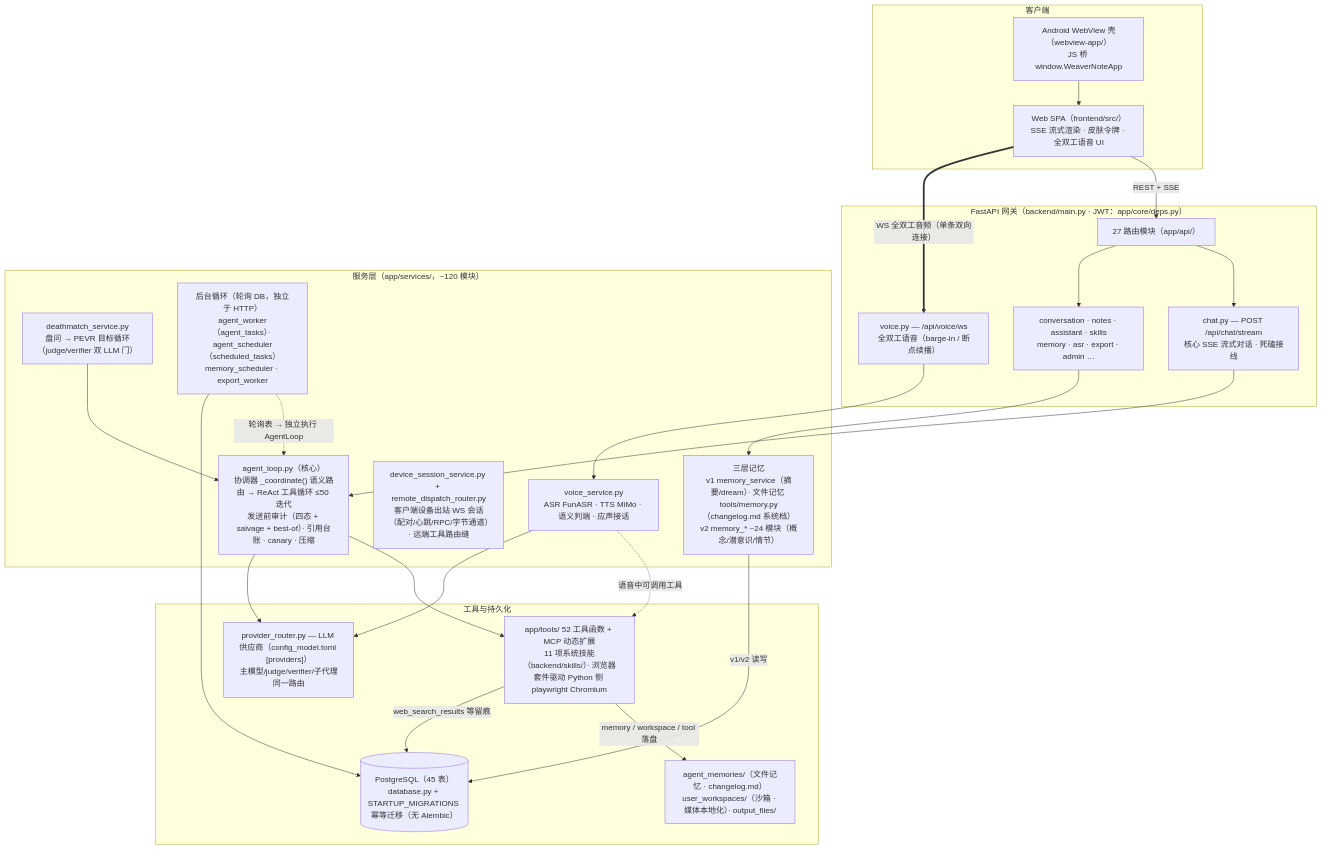
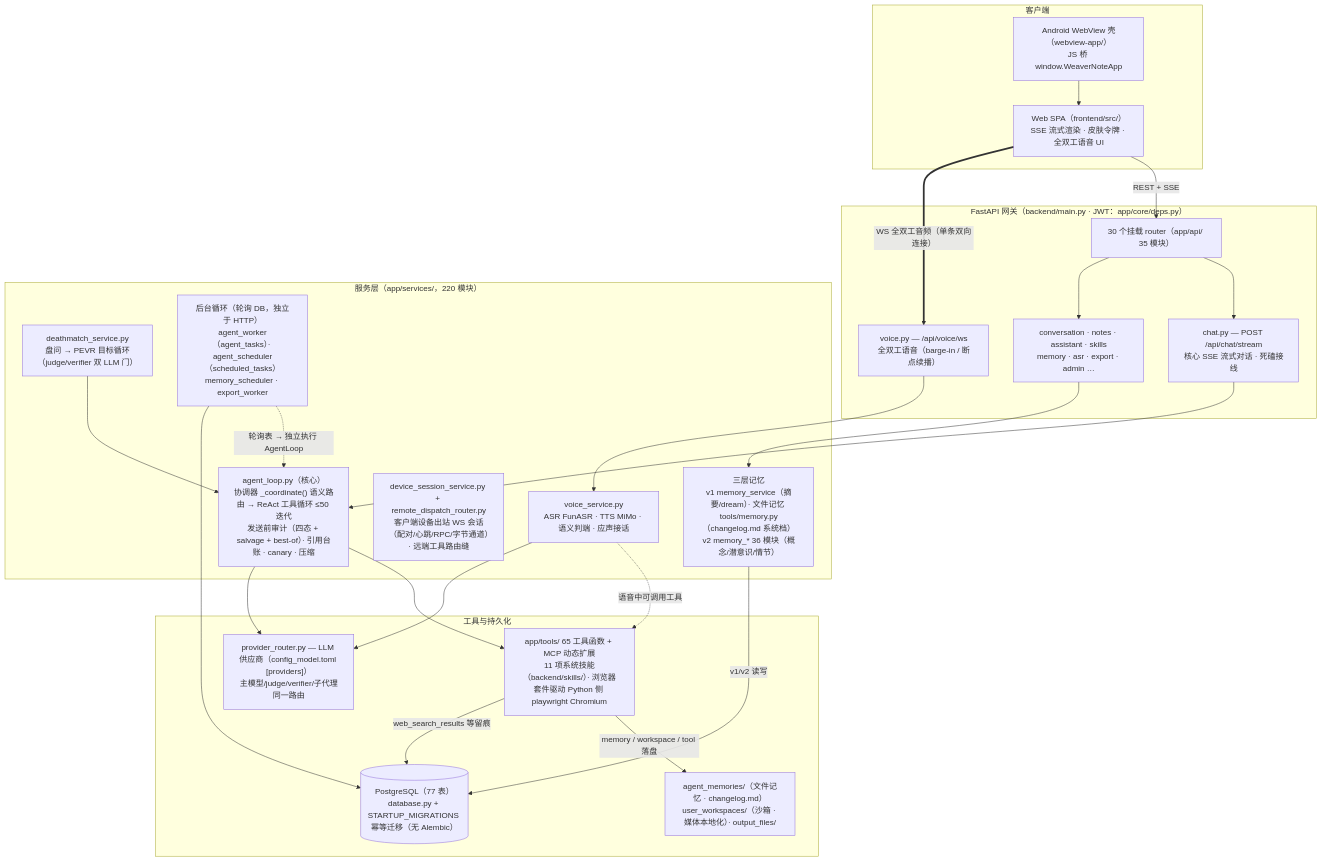
One commit to logandoo/weave-thinker changed the first of 2 diagrams in docs/ARCHITECTURE.md. Above: the diagram before and after it, drawn with Mermaid. The commit also changed other lines of this file and 229 other files, not shown here.

````diff
--- a/docs/ARCHITECTURE.md
+++ b/docs/ARCHITECTURE.md
@@ -39,44 +39,44 @@
 ```mermaid
 flowchart TD
     subgraph C["客户端"]
         WEB["Web SPA（frontend/src/）<br/>SSE 流式渲染 · 皮肤令牌 · 全双工语音 UI"]
         AND["Android WebView 壳（webview-app/）<br/>JS 桥 window.WeaverNoteApp"]
     end
     subgraph G["FastAPI 网关（backend/main.py · JWT：app/core/deps.py）"]
-        GW["27 路由模块（app/api/）"]
+        GW["30 个挂载 router（app/api/ 35 模块）"]
         CHAT["chat.py — POST /api/chat/stream<br/>核心 SSE 流式对话 · 死磕接线"]
         VOICE["voice.py — /api/voice/ws<br/>全双工语音（barge-in / 断点续播）"]
         REST["conversation · notes · assistant · skills<br/>memory · asr · export · admin …"]
     end
-    subgraph S["服务层（app/services/，~120 模块）"]
+    subgraph S["服务层（app/services/，220 模块）"]
         LOOP["agent_loop.py（核心）<br/>协调器 _coordinate() 语义路由 → ReAct 工具循环 ≤50 迭代<br/>发送前审计（四态 + salvage + best-of）· 引用台账 · canary · 压缩"]
         DM["deathmatch_service.py<br/>盘问 → PEVR 目标循环（judge/verifier 双 LLM 门）"]
         VS["voice_service.py<br/>ASR FunASR · TTS MiMo · 语义判端 · 应声接话"]
         DEV["device_session_service.py + remote_dispatch_router.py<br/>客户端设备出站 WS 会话（配对/心跳/RPC/字节通道）· 远端工具路由缝"]
-        MEM["三层记忆<br/>v1 memory_service（摘要/dream）· 文件记忆 tools/memory.py（changelog.md 系统档）<br/>v2 memory_* ~24 模块（概念/潜意识/情节）"]
+        MEM["三层记忆<br/>v1 memory_service（摘要/dream）· 文件记忆 tools/memory.py（changelog.md 系统档）<br/>v2 memory_* 36 模块（概念/潜意识/情节）"]
         BK["后台循环（轮询 DB，独立于 HTTP）<br/>agent_worker（agent_tasks）· agent_scheduler（scheduled_tasks）<br/>memory_scheduler · export_worker"]
     end
     subgraph P["工具与持久化"]
-        TL["app/tools/ 52 工具函数 + MCP 动态扩展<br/>11 项系统技能（backend/skills/）· 浏览器套件驱动 Python 侧 playwright Chromium"]
+        TL["app/tools/ 65 工具函数 + MCP 动态扩展<br/>11 项系统技能（backend/skills/）· 浏览器套件驱动 Python 侧 playwright Chromium"]
         LLM["provider_router.py — LLM 供应商（config_model.toml [providers]）<br/>主模型/judge/verifier/子代理同一路由"]
-        DB[("PostgreSQL（45 表）<br/>database.py + STARTUP_MIGRATIONS 幂等迁移（无 Alembic）")]
+        DB[("PostgreSQL（77 表）<br/>database.py + STARTUP_MIGRATIONS 幂等迁移（无 Alembic）")]
         FS["agent_memories/（文件记忆 · changelog.md）<br/>user_workspaces/（沙箱 · 媒体本地化）· output_files/"]
     end
     AND --> WEB
     WEB -- "REST + SSE" --> GW
     WEB == "WS 全双工音频（单条双向连接）" ==> VOICE
     GW --> CHAT & REST
     CHAT --> LOOP
     DM --> LOOP
     REST --> MEM
     VOICE --> VS
     VS -. "语音中可调用工具" .-> TL
     LOOP --> TL
     LOOP --> LLM
     VS --> LLM
     MEM -- "v1/v2 读写" --> DB
     BK -. "轮询表 → 独立执行 AgentLoop" .-> LOOP
     BK --> DB
     TL -- "memory / workspace / tool 落盘" --> FS
     TL -- "web_search_results 等留痕" --> DB
 ```
````
